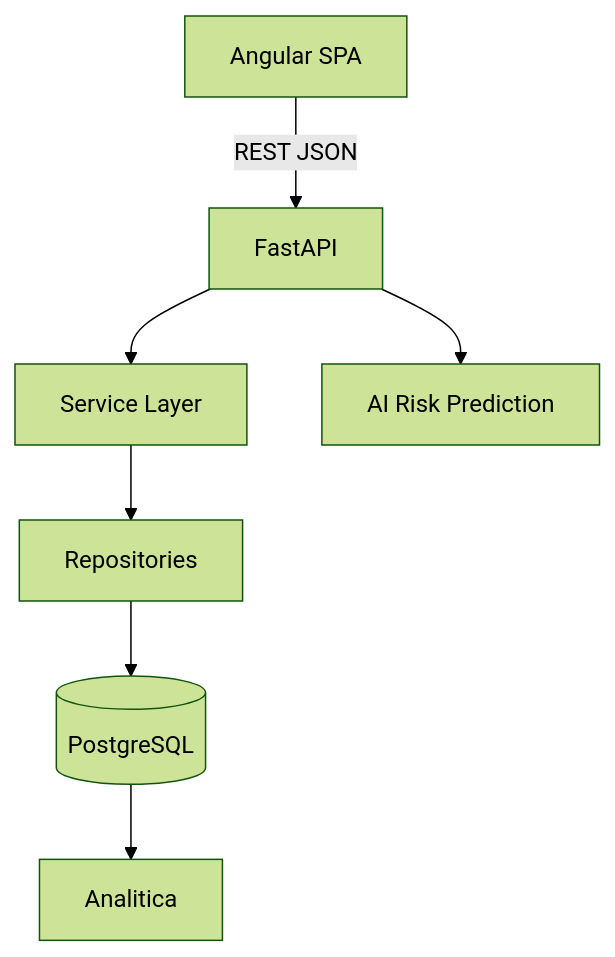
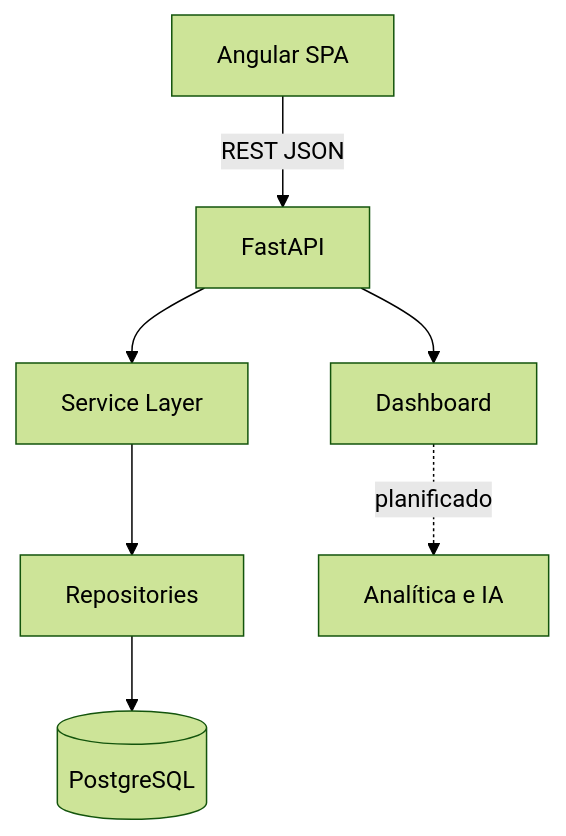
Before and after one commit to wesarzein/Paideia: the diagram in README.md, drawn with Mermaid (forest theme). The commit also changed other lines of this file and 78 other files, not shown here.

````diff
--- a/README.md
+++ b/README.md
@@ -19,9 +19,9 @@
 ```mermaid
 flowchart TD
   A[Angular SPA] -->|REST JSON| B[FastAPI]
   B --> C[Service Layer]
   C --> D[Repositories]
   D --> E[(PostgreSQL)]
-  B --> F[AI Risk Prediction]
-  E --> G[Analitica]
+  B --> F[Dashboard]
+  F -. "planificado" .-> G[Analítica e IA]
 ```
````
